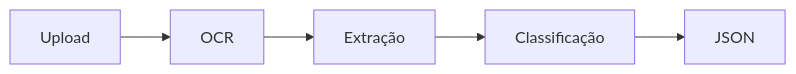
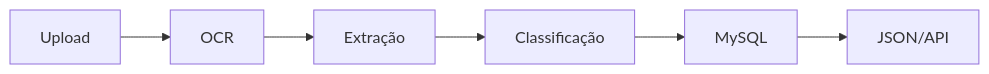
The diagram in README.md (GabrielCordeiroBarrosoTeles/document-extractor-api), drawn with Mermaid before and after one commit.

Commit message:
Update flowchart to use MySQL instead of JSON

````diff
--- a/README.md
+++ b/README.md
@@ -7,7 +7,8 @@
 ```mermaid
 flowchart LR
     A[Upload] --> B[OCR]
     B --> C[Extração]
     C --> D[Classificação]
-    D --> E[JSON]
+    D --> E[MySQL]
+    E --> F[JSON/API]
 ```
````
